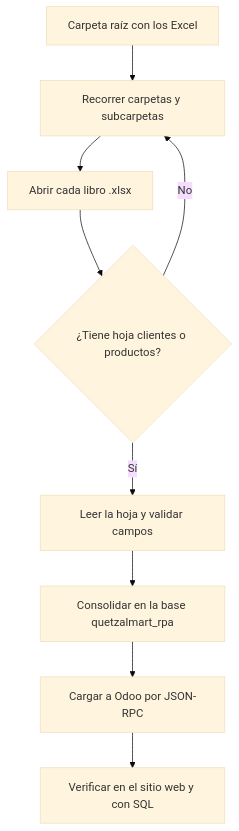
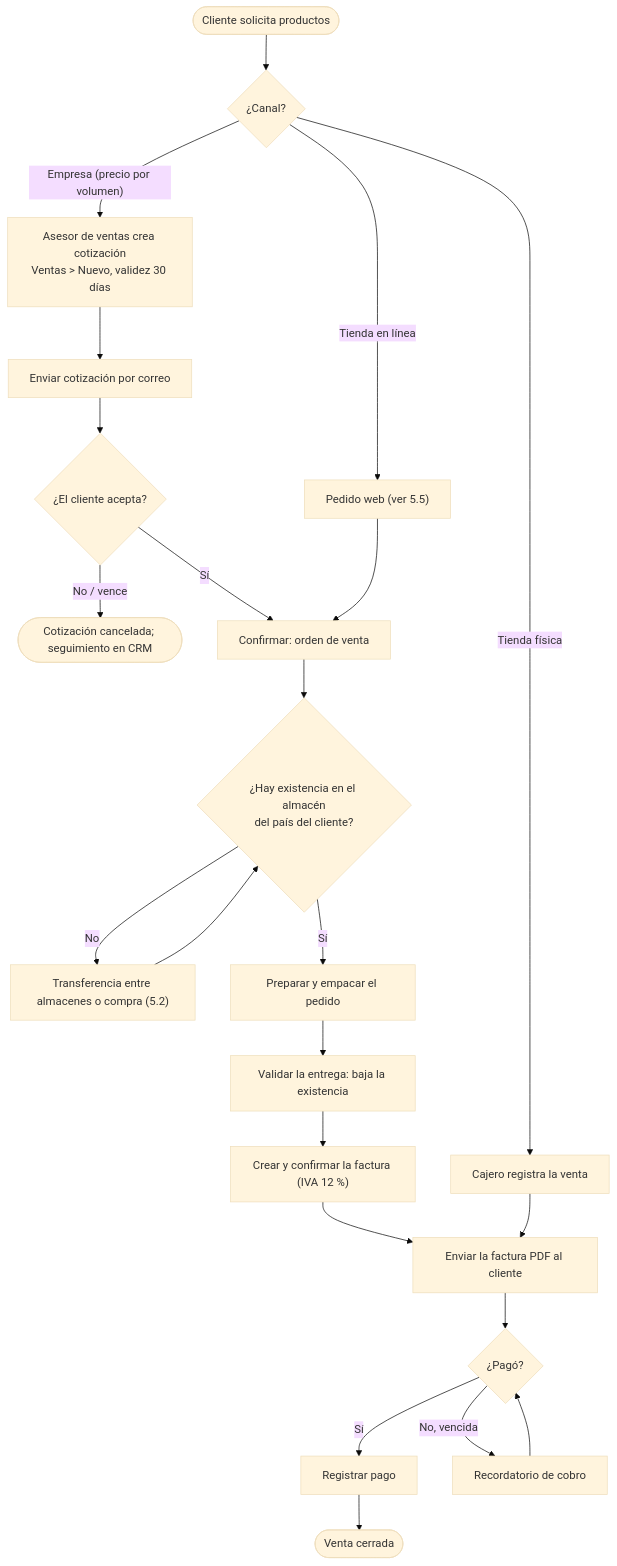
The fourth of 6 diagrams in PROYECTO/evidencias/README_manuales.md (NaomiYos/SOG2-2S26_grupo14), drawn with Mermaid (base theme) before and after one commit. The commit also changed other lines of this file and 18 other files, not shown here.

First line of the commit message:
chore: aclaraciones del foro, SQL de la tienda y guía de manuales

````diff
--- a/PROYECTO/evidencias/README_manuales.md
+++ b/PROYECTO/evidencias/README_manuales.md
@@ -179,11 +350,22 @@
 ```mermaid
 flowchart TD
-  A["Carpeta raíz con los Excel"] --> B["Recorrer carpetas y subcarpetas"]
-  B --> C["Abrir cada libro .xlsx"]
-  C --> D{"¿Tiene hoja clientes o productos?"}
-  D -- "No" --> B
-  D -- "Sí" --> E["Leer la hoja y validar campos"]
-  E --> F["Consolidar en la base quetzalmart_rpa"]
-  F --> G["Cargar a Odoo por JSON-RPC"]
-  G --> H["Verificar en el sitio web y con SQL"]
+  A([Cliente solicita productos]) --> B{"¿Canal?"}
+  B -- "Empresa (precio por volumen)" --> C["Asesor de ventas crea cotización<br/>Ventas > Nuevo, validez 30 días"]
+  B -- "Tienda en línea" --> W["Pedido web (ver 5.5)"]
+  B -- "Tienda física" --> T["Cajero registra la venta"]
+  C --> D["Enviar cotización por correo"]
+  D --> E{"¿El cliente acepta?"}
+  E -- "No / vence" --> E1([Cotización cancelada; seguimiento en CRM])
+  E -- "Sí" --> F["Confirmar: orden de venta"]
+  W --> F
+  F --> G{"¿Hay existencia en el almacén<br/>del país del cliente?"}
+  G -- "No" --> G1["Transferencia entre almacenes o compra (5.2)"] --> G
+  G -- "Sí" --> H["Preparar y empacar el pedido"]
+  H --> I["Validar la entrega: baja la existencia"]
+  I --> J["Crear y confirmar la factura (IVA 12 %)"]
+  J --> K["Enviar la factura PDF al cliente"]
+  T --> K
+  K --> L{"¿Pagó?"}
+  L -- "Sí" --> M["Registrar pago"] --> N([Venta cerrada])
+  L -- "No, vencida" --> L1["Recordatorio de cobro"] --> L
 ```
````
